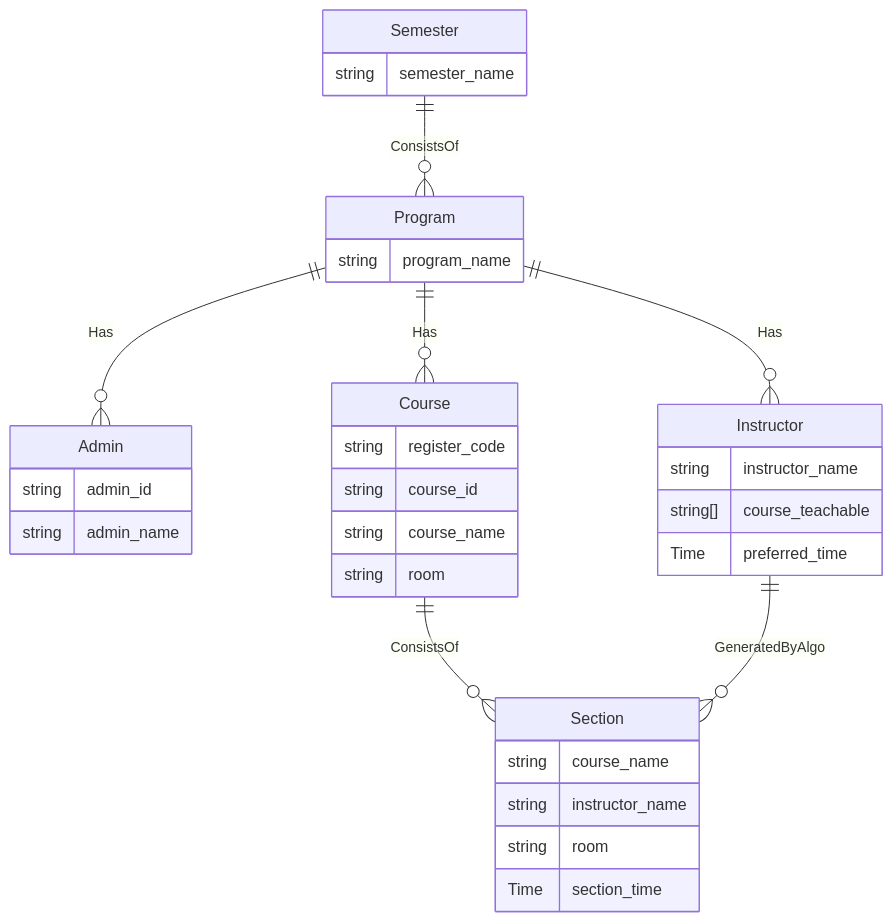
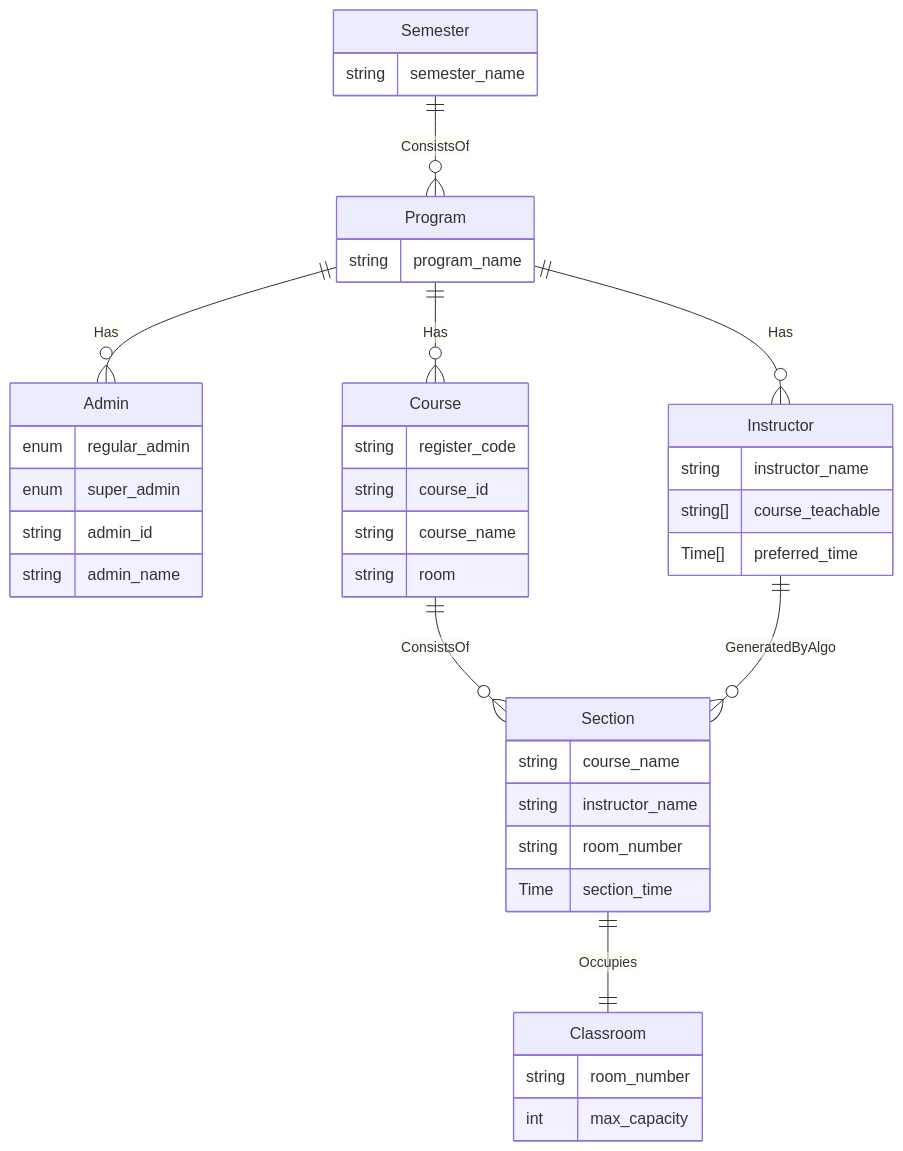
One commit to BiTheDev/Course_Planning changed the diagram in README.md. Above: the diagram before and after it, drawn with Mermaid.

````diff
--- a/README.md
+++ b/README.md
@@ -40,43 +40,53 @@
 ```mermaid
 erDiagram
     Semester ||--o{ Program: ConsistsOf 
     Semester {
         string  semester_name
     }
 
     Program {
         string program_name
     }
     
 
     Admin {
+        enum regular_admin
+        enum super_admin
         string admin_id
         string admin_name
     }
 
     Instructor {
         string instructor_name
         string[] course_teachable
-        Time preferred_time
+        Time[] preferred_time
     }
     Program ||--o{ Admin: Has
     Program ||--o{ Instructor: Has
     Program ||--o{ Course: Has
 
     Course {
         string register_code
         string course_id
         string course_name
         string room
     }
 
+    Classroom{
+        string room_number
+        int max_capacity
+
+    }
+    Section ||--|| Classroom: Occupies
+
     Section {
         string course_name
         string instructor_name
-        string room
+        string room_number
         Time section_time
     }
     Course||--o{ Section: ConsistsOf 
 
     Instructor ||--o{ Section: GeneratedByAlgo
+
 ```
````
